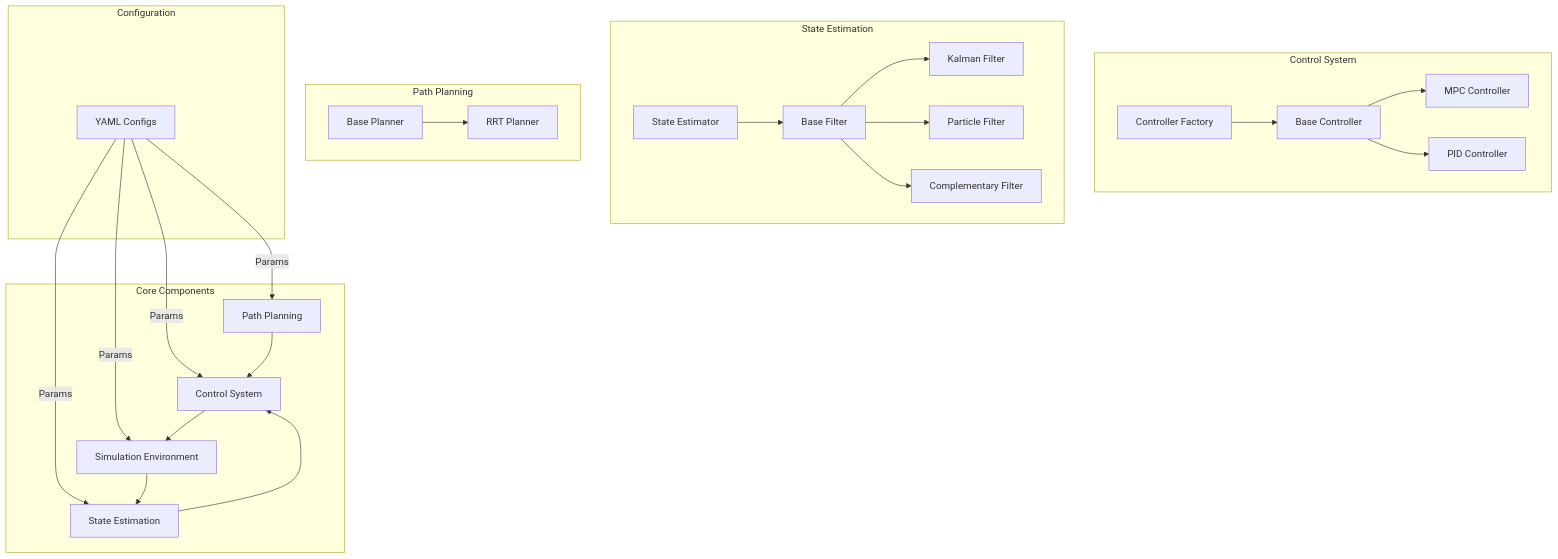
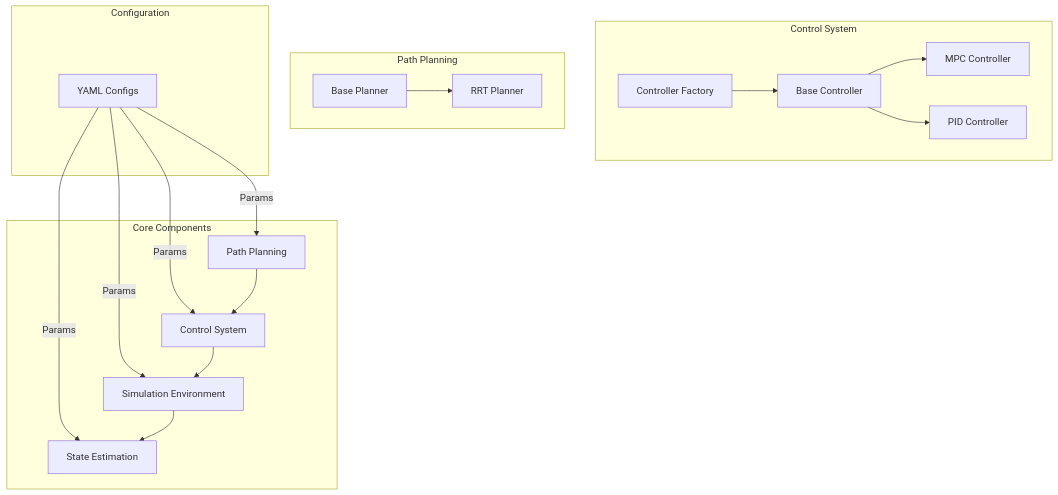
Before and after one commit to shaoanlu/llm_mjx_go1_playground: the diagram in src/README.md, drawn with Mermaid. The commit also changed other lines of this file and 61 other files, not shown here.

````diff
--- a/src/README.md
+++ b/src/README.md
@@ -10,50 +9,37 @@
 ```mermaid
 graph TB
     subgraph Core Components
         Control[Control System]
         Estimation[State Estimation]
         Planning[Path Planning]
         Env[Simulation Environment]
     end
 
     subgraph Control System
         CF[Controller Factory]
         BC[Base Controller]
         MPC[MPC Controller]
         PID[PID Controller]
         CF --> BC
         BC --> MPC
         BC --> PID
     end
 
-    subgraph State Estimation
-        SE[State Estimator]
-        BF[Base Filter]
-        KF[Kalman Filter]
-        PF[Particle Filter]
-        CF2[Complementary Filter]
-        SE --> BF
-        BF --> KF
-        BF --> PF
-        BF --> CF2
-    end
-
     subgraph Path Planning
         BP[Base Planner]
         RRT[RRT Planner]
         BP --> RRT
     end
 
     subgraph Configuration
         Config[YAML Configs]
         Config --> |Params| Control
         Config --> |Params| Estimation 
         Config --> |Params| Planning
         Config --> |Params| Env
     end
 
     Control --> Env
-    Estimation --> Control
     Planning --> Control
     Env --> Estimation
 ```
````
